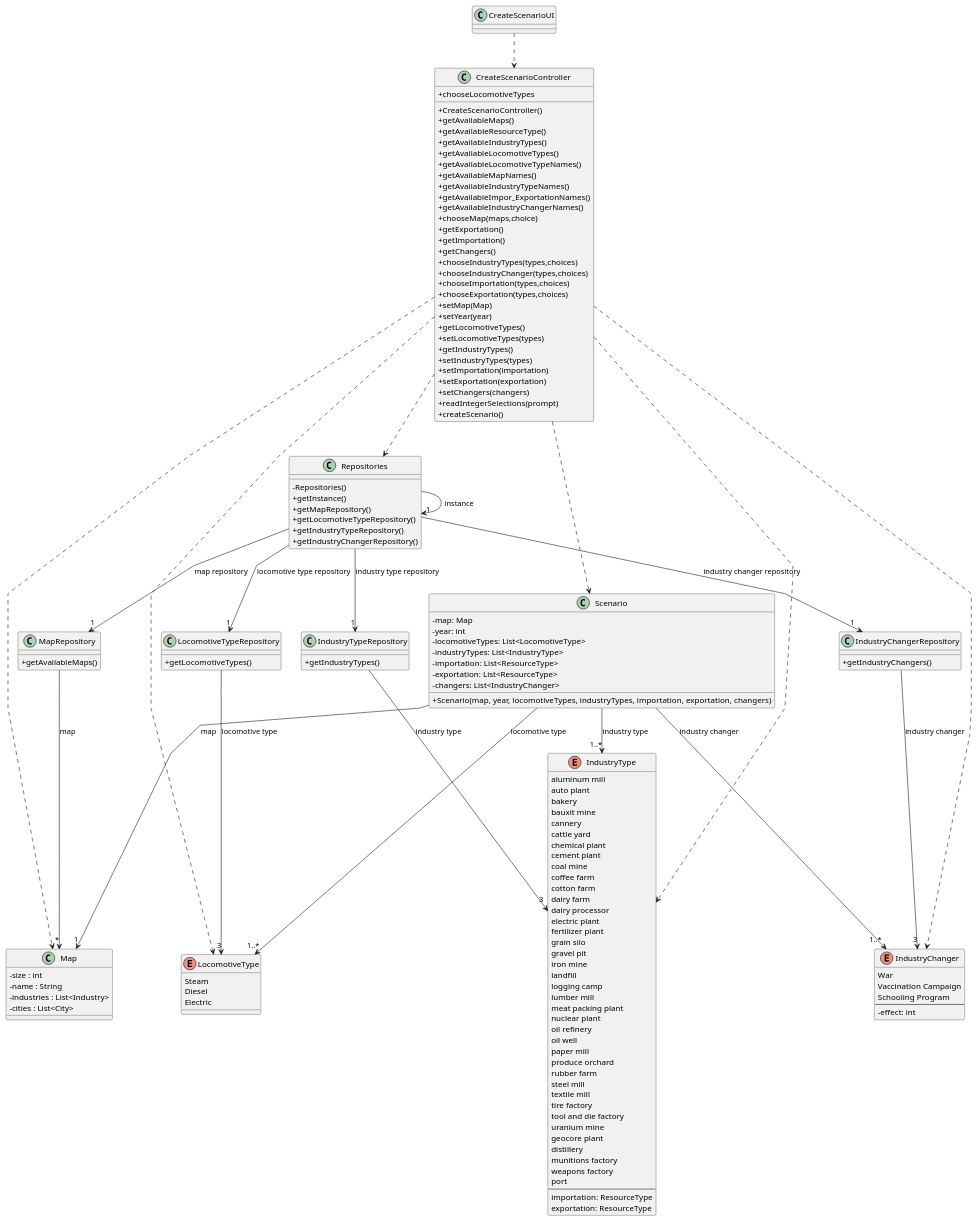
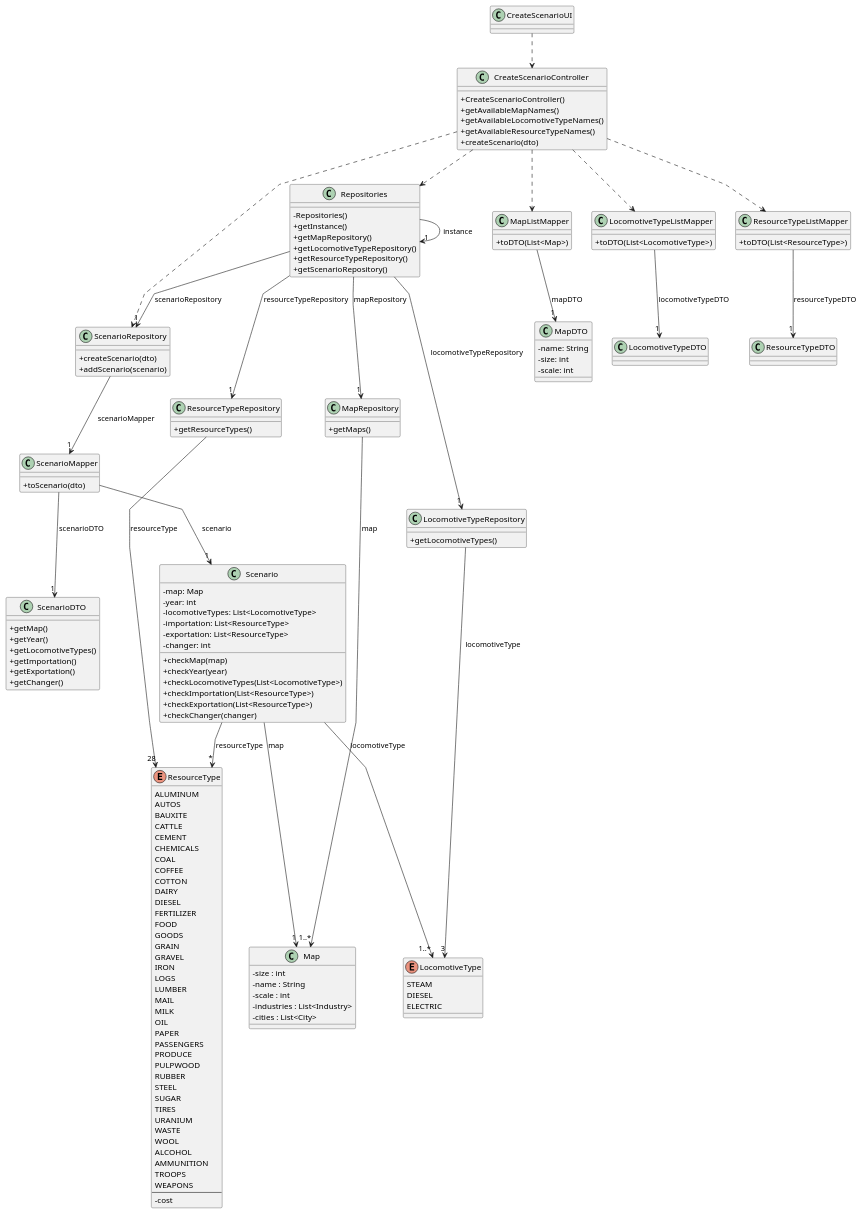
The diagram in Sprint3/US004/03.design/puml/US004-CD.puml (1240935/pi2-railway-simulator), drawn with PlantUML before and after one commit. The commit also changed 11 other files, not shown here.

```diff
--- a/Sprint3/US004/03.design/puml/US004-CD.puml
+++ b/Sprint3/US004/03.design/puml/US004-CD.puml
@@ -1,178 +1,176 @@
-    @startuml
-    'skinparam monochrome true
-    skinparam packageStyle rectangle
-    skinparam shadowing false
-    skinparam linetype polyline
-    'skinparam linetype orto
+@startuml
+'skinparam monochrome true
+skinparam packageStyle rectangle
+skinparam shadowing false
+skinparam linetype polyline
+'skinparam linetype orto
 
-    skinparam classAttributeIconSize 0
+skinparam classAttributeIconSize 0
 
-    'left to right direction
+'left to right direction
 
-    class CreateScenarioUI{
-    }
-
+    class CreateScenarioUI
     class CreateScenarioController {
         +CreateScenarioController()
-        +getAvailableMaps()
-        +getAvailableResourceType()
-        +getAvailableIndustryTypes()
-        +getAvailableLocomotiveTypes()
+        +getAvailableMapNames()
         +getAvailableLocomotiveTypeNames()
-        +getAvailableMapNames()
-        +getAvailableIndustryTypeNames()
-        +getAvailableImpor_ExportationNames()
-        +getAvailableIndustryChangerNames()
-        +chooseMap(maps,choice)
-        +chooseLocomotiveTypes
-        +getExportation()
-        +getImportation()
-        +getChangers()
-        +chooseIndustryTypes(types,choices)
-        +chooseIndustryChanger(types,choices)
-        +chooseImportation(types,choices)
-        +chooseExportation(types,choices)
-        +setMap(Map)
-        +setYear(year)
-        +getLocomotiveTypes()
-        +setLocomotiveTypes(types)
-        +getIndustryTypes()
-        +setIndustryTypes(types)
-        +setImportation(importation)
-        +setExportation(exportation)
-        +setChangers(changers)
-        +readIntegerSelections(prompt)
-        +createScenario()
-
+        +getAvailableResourceTypeNames()
+        +createScenario(dto)
     }
 
     class Repositories {
-            -Repositories()
-            +getInstance()
-            +getMapRepository()
-            +getLocomotiveTypeRepository()
-            +getIndustryTypeRepository()
-            +getIndustryChangerRepository()
+        -Repositories()
+        +getInstance()
+        + getMapRepository()
+        + getLocomotiveTypeRepository()
+        + getResourceTypeRepository()
+        + getScenarioRepository()
     }
 
     class MapRepository {
-            +getAvailableMaps()
-        }
-
+        + getMaps()
+    }
     class LocomotiveTypeRepository {
-          +getLocomotiveTypes()
+        + getLocomotiveTypes()
+    }
+    class ResourceTypeRepository {
+        + getResourceTypes()
+    }
+    class ScenarioRepository {
+        + createScenario(dto)
+        + addScenario(scenario)
     }
 
-    class IndustryTypeRepository {
-          +getIndustryTypes()
+    class Map {
+        - size : int
+            - name : String
+            - scale : int
+            - industries : List<Industry>
+            - cities : List<City>
+    }
+    enum LocomotiveType {
+        STEAM
+        DIESEL
+        ELECTRIC
+    }
+    enum ResourceType {
+        ALUMINUM
+        AUTOS
+        BAUXITE
+        CATTLE
+        CEMENT
+        CHEMICALS
+        COAL
+        COFFEE
+        COTTON
+        DAIRY
+        DIESEL
+        FERTILIZER
+        FOOD
+        GOODS
+        GRAIN
+        GRAVEL
+        IRON
+        LOGS
+        LUMBER
+        MAIL
+        MILK
+        OIL
+        PAPER
+        PASSENGERS
+        PRODUCE
+        PULPWOOD
+        RUBBER
+        STEEL
+        SUGAR
+        TIRES
+        URANIUM
+        WASTE
+        WOOL
+        ALCOHOL
+        AMMUNITION
+        TROOPS
+        WEAPONS
+        --
+        -cost
+    }
+    class Scenario {
+        - map: Map
+        - year: int
+        - locomotiveTypes: List<LocomotiveType>
+        - importation: List<ResourceType>
+        - exportation: List<ResourceType>
+        - changer: int
+        + checkMap(map)
+        + checkYear(year)
+        + checkLocomotiveTypes(List<LocomotiveType>)
+        + checkImportation(List<ResourceType>)
+        + checkExportation(List<ResourceType>)
+        + checkChanger(changer)
     }
 
-    class IndustryChangerRepository {
-          +getIndustryChangers()
+    class ScenarioDTO {
+        + getMap()
+        + getYear()
+        + getLocomotiveTypes()
+        + getImportation()
+        + getExportation()
+        + getChanger()
     }
+    class MapDTO {
+        - name: String
+        - size: int
+        - scale: int
+    }
+    class LocomotiveTypeDTO
 
-     class Scenario {
-       -map: Map
-       -year: int
-       -locomotiveTypes: List<LocomotiveType>
-       -industryTypes: List<IndustryType>
-       -importation: List<ResourceType>
-       -exportation: List<ResourceType>
-       -changers: List<IndustryChanger>
-       +Scenario(map, year, locomotiveTypes, industryTypes, importation, exportation, changers)
-     }
+    class ResourceTypeDTO
 
-        class Map{
-        - size : int
-        - name : String
-        - industries : List<Industry>
-        - cities : List<City>
-        }
-
-        enum LocomotiveType{
-            Steam
-            Diesel
-            Electric
-        }
-
-        enum IndustryType{
-            aluminum mill
-                auto plant
-                bakery
-                bauxit mine
-                cannery
-                cattle yard
-                chemical plant
-                cement plant
-                coal mine
-                coffee farm
-                cotton farm
-                dairy farm
-                dairy processor
-                electric plant
-                fertilizer plant
-                grain silo
-                gravel pit
-                iron mine
-                landfill
-                logging camp
-                lumber mill
-                meat packing plant
-                nuclear plant
-                oil refinery
-                oil well
-                paper mill
-                produce orchard
-                rubber farm
-                steel mill
-                textile mill
-                tire factory
-                tool and die factory
-                uranium mine
-                geocore plant
-                distillery
-                munitions factory
-                weapons factory
-                port
-            --
-            importation: ResourceType
-            exportation: ResourceType
-        }
-     
-        enum IndustryChanger{
-            War
-            Vaccination Campaign
-            Schooling Program
-            --
-            -effect: int
-        }
+    class MapListMapper {
+        + toDTO(List<Map>)
+    }
+    class LocomotiveTypeListMapper {
+        + toDTO(List<LocomotiveType>)
+    }
+    class ResourceTypeListMapper {
+        + toDTO(List<ResourceType>)
+    }
+    class ScenarioMapper {
+        + toScenario(dto)
+    }
 
 
     CreateScenarioUI ..> CreateScenarioController
 
-    CreateScenarioController ..> Scenario
     CreateScenarioController ..> Repositories
 
     Repositories -> "1" Repositories : instance
-    Repositories --> "1" MapRepository: map repository
-    Repositories --> "1" LocomotiveTypeRepository : locomotive type repository
-    Repositories --> "1" IndustryTypeRepository : industry type repository
-    Repositories --> "1" IndustryChangerRepository : industry changer repository
+    Repositories --> "1" MapRepository: mapRepository
+    Repositories --> "1" LocomotiveTypeRepository: locomotiveTypeRepository
+    Repositories --> "1" ResourceTypeRepository: resourceTypeRepository
+    Repositories --> "1" ScenarioRepository: scenarioRepository
 
-    MapRepository --> "*" Map : map
-    LocomotiveTypeRepository --> "3" LocomotiveType : locomotive type
-    IndustryTypeRepository --> "3" IndustryType : industry type
-    IndustryChangerRepository --> "3" IndustryChanger : industry changer
+    CreateScenarioController ..> MapListMapper
+    CreateScenarioController ..> LocomotiveTypeListMapper
+    CreateScenarioController ..> ResourceTypeListMapper
+    CreateScenarioController ..> ScenarioRepository
 
-    Scenario --> "1" Map : map
-    Scenario --> "1..*" LocomotiveType: locomotive type
-    Scenario --> "1..*" IndustryChanger : industry changer
-    Scenario --> "1..*" IndustryType: industry type
+    ScenarioRepository --> "1" ScenarioMapper: scenarioMapper
 
-    CreateScenarioController ..> Map
-    CreateScenarioController ..> LocomotiveType
-    CreateScenarioController ..> IndustryType
-    CreateScenarioController ..> IndustryChanger
+    MapRepository --> "1..*" Map: map
+    LocomotiveTypeRepository --> "3" LocomotiveType: locomotiveType
+    ResourceTypeRepository --> "28" ResourceType: resourceType
+
+    ScenarioMapper --> "1" Scenario: scenario
+    ScenarioMapper --> "1" ScenarioDTO: scenarioDTO
 
 
+    Scenario --> "1" Map: map
+    Scenario --> "1..*" LocomotiveType: locomotiveType
+    Scenario --> "*" ResourceType: resourceType
+
+    MapListMapper --> "1" MapDTO: mapDTO
+    LocomotiveTypeListMapper --> "1" LocomotiveTypeDTO: locomotiveTypeDTO
+    ResourceTypeListMapper --> "1" ResourceTypeDTO: resourceTypeDTO
+
     @enduml
```
